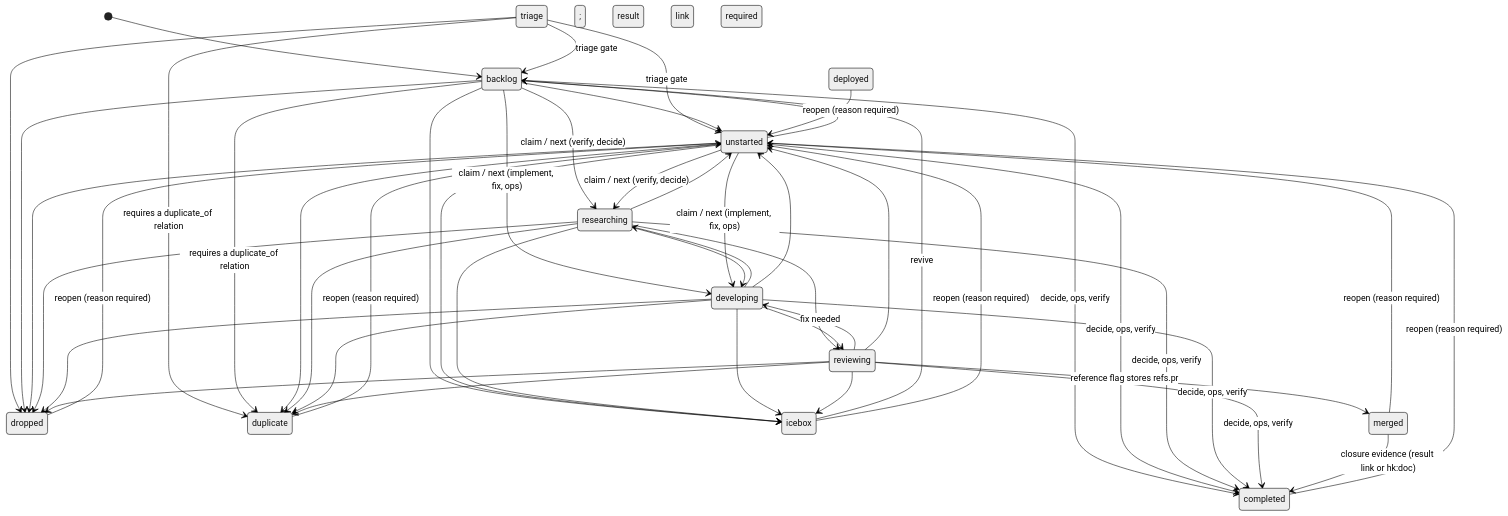
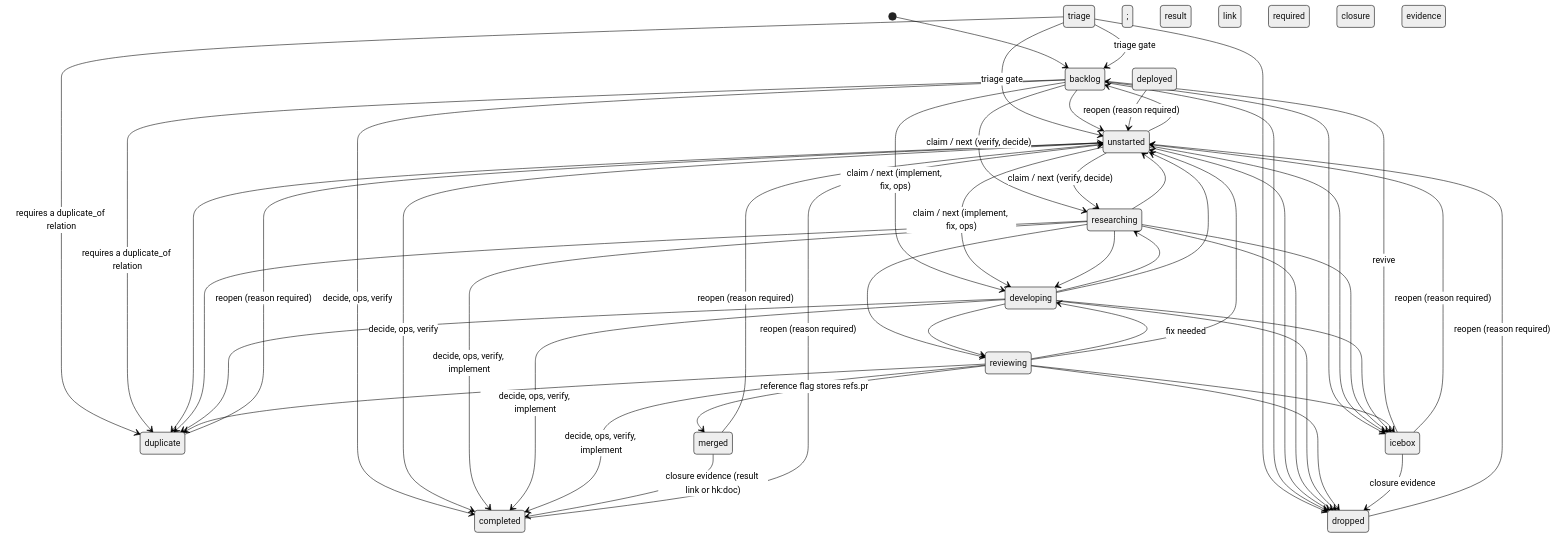
One commit to mgh3326/handoffkeep changed the diagram in README.md. Above: the diagram before and after it, drawn with Mermaid (neutral theme). The commit also changed 4 other files, not shown here.

First line of the commit message:
store: implement completes on closure evidence; icebox drops (hk 4050)

````diff
--- a/README.md
+++ b/README.md
@@ -167,51 +167,52 @@
 ```mermaid
 stateDiagram-v2
     [*] --> backlog
     triage --> backlog: triage gate
     triage --> unstarted: triage gate
     triage --> dropped
     triage --> duplicate: requires a duplicate_of relation
     backlog --> unstarted
     backlog --> researching: claim / next (verify, decide)
     backlog --> developing: claim / next (implement, fix, ops)
     backlog --> icebox
     backlog --> dropped
     backlog --> duplicate: requires a duplicate_of relation
     backlog --> completed: decide, ops, verify; result link required
     unstarted --> backlog
     unstarted --> researching: claim / next (verify, decide)
     unstarted --> developing: claim / next (implement, fix, ops)
     unstarted --> icebox
     unstarted --> dropped
     unstarted --> duplicate
     unstarted --> completed: decide, ops, verify; result link required
     researching --> developing
     researching --> reviewing
     researching --> unstarted
     researching --> icebox
     researching --> dropped
     researching --> duplicate
-    researching --> completed: decide, ops, verify; result link required
+    researching --> completed: decide, ops, verify, implement; closure evidence required
     developing --> researching
     developing --> reviewing
     developing --> unstarted
     developing --> icebox
     developing --> dropped
     developing --> duplicate
-    developing --> completed: decide, ops, verify; result link required
+    developing --> completed: decide, ops, verify, implement; closure evidence required
     reviewing --> developing: fix needed
     reviewing --> merged: reference flag stores refs.pr
     reviewing --> unstarted
     reviewing --> icebox
     reviewing --> dropped
     reviewing --> duplicate
-    reviewing --> completed: decide, ops, verify; result link required
+    reviewing --> completed: decide, ops, verify, implement; closure evidence required
     merged --> unstarted: reopen (reason required)
     merged --> completed: closure evidence (result link or hk:doc)
     deployed --> unstarted: reopen (reason required)
     completed --> unstarted: reopen (reason required)
     dropped --> unstarted: reopen (reason required)
     duplicate --> unstarted: reopen (reason required)
     icebox --> backlog: revive
     icebox --> unstarted: reopen (reason required)
+    icebox --> dropped: closure evidence
 ```
````
